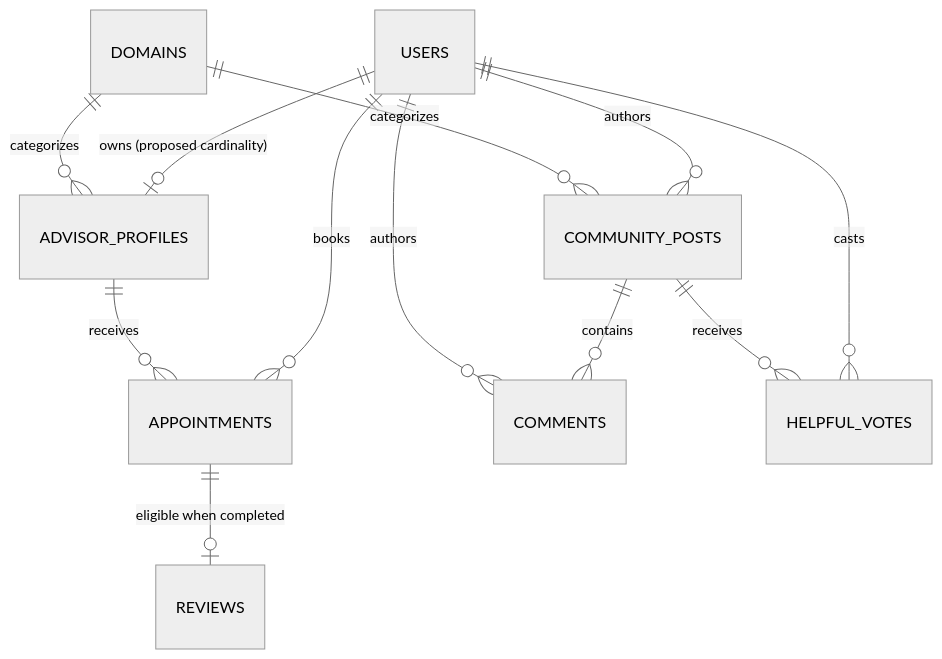
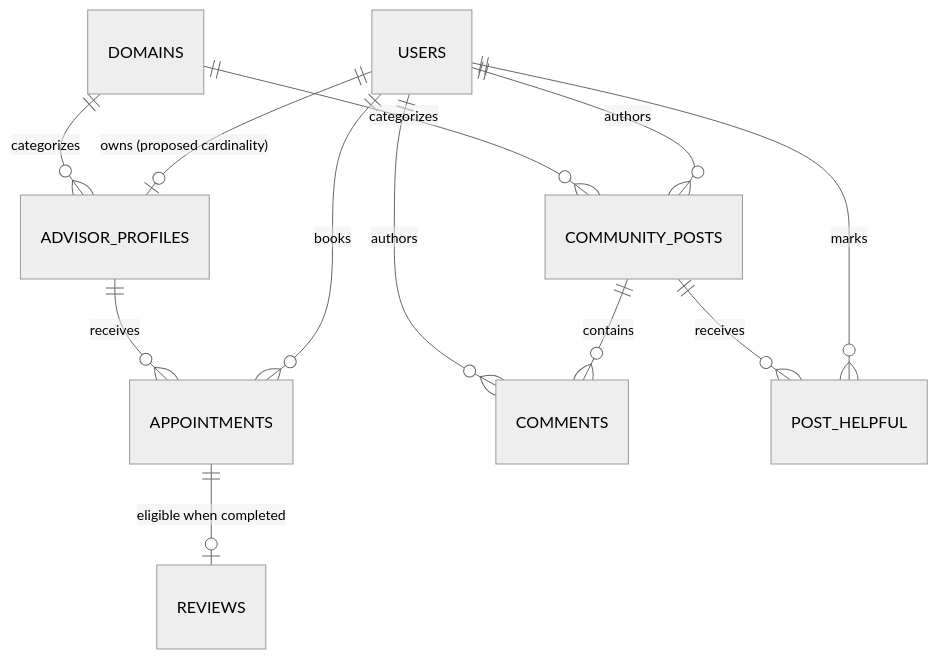
The second of 5 diagrams in docs/CONSULTIFY_MASTER_SPEC.md (amriiit/consultify), drawn with Mermaid (neutral theme) before and after one commit. The commit also changed other lines of this file, not shown here.

````diff
--- a/docs/CONSULTIFY_MASTER_SPEC.md
+++ b/docs/CONSULTIFY_MASTER_SPEC.md
@@ -747,14 +771,14 @@
 ```mermaid
 erDiagram
     USERS ||--o| ADVISOR_PROFILES : "owns (proposed cardinality)"
     DOMAINS ||--o{ ADVISOR_PROFILES : categorizes
     USERS ||--o{ APPOINTMENTS : books
     ADVISOR_PROFILES ||--o{ APPOINTMENTS : receives
     USERS ||--o{ COMMUNITY_POSTS : authors
     DOMAINS ||--o{ COMMUNITY_POSTS : categorizes
     COMMUNITY_POSTS ||--o{ COMMENTS : contains
     USERS ||--o{ COMMENTS : authors
     APPOINTMENTS ||--o| REVIEWS : "eligible when completed"
-    USERS ||--o{ HELPFUL_VOTES : casts
-    COMMUNITY_POSTS ||--o{ HELPFUL_VOTES : receives
+    USERS ||--o{ POST_HELPFUL : marks
+    COMMUNITY_POSTS ||--o{ POST_HELPFUL : receives
 ```
````
